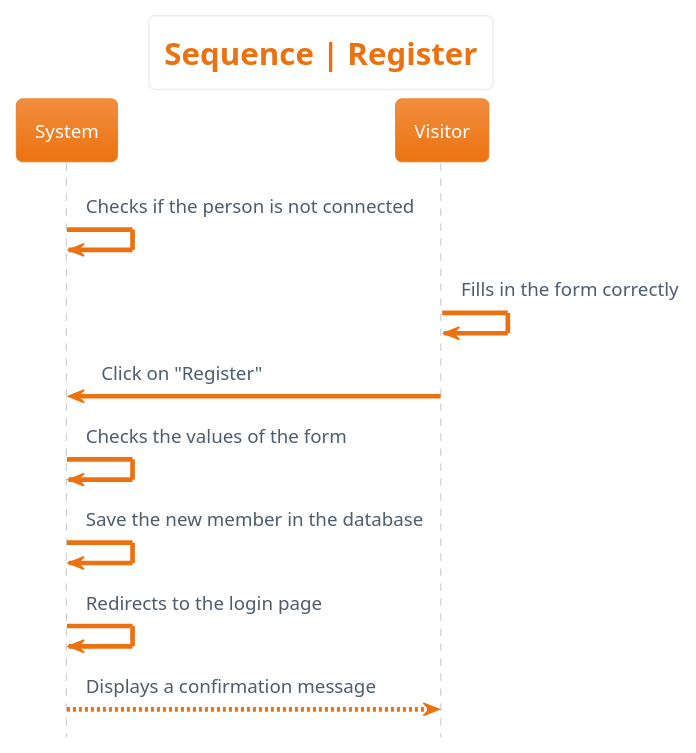
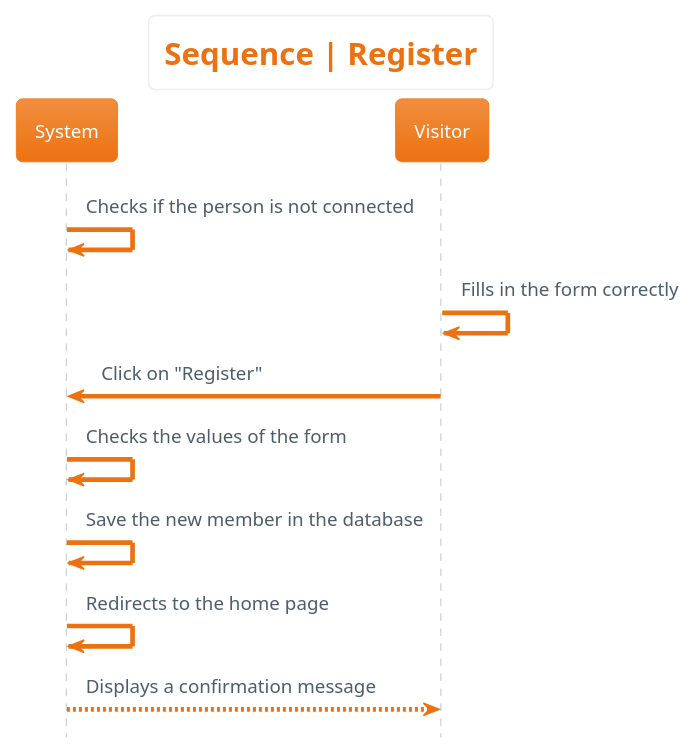
Before and after one commit to sebastien-d-me/SnowTricks: the diagram in diagrammes/sequence/members/register.plantuml, drawn with PlantUML. The commit also changed 1 other file, not shown here.

Commit message:
📝 Fix UML
Fix UML

```diff
--- a/diagrammes/sequence/members/register.plantuml
+++ b/diagrammes/sequence/members/register.plantuml
@@ -1,18 +1,18 @@
 @startuml sequence__register
 hide footbox
 skinparam actorStyle awesome
 !theme aws-orange
 skinparam backgroundcolor White
 
 'Titre'
 title Sequence | Register
 
 'Déroulement'
 System -> System : Checks if the person is not connected
 Visitor -> Visitor : Fills in the form correctly
 Visitor -> System : Click on "Register"
 System -> System : Checks the values of the form
 System -> System : Save the new member in the database
-System -> System : Redirects to the login page
+System -> System : Redirects to the home page
 System --> Visitor : Displays a confirmation message
 @enduml
```
